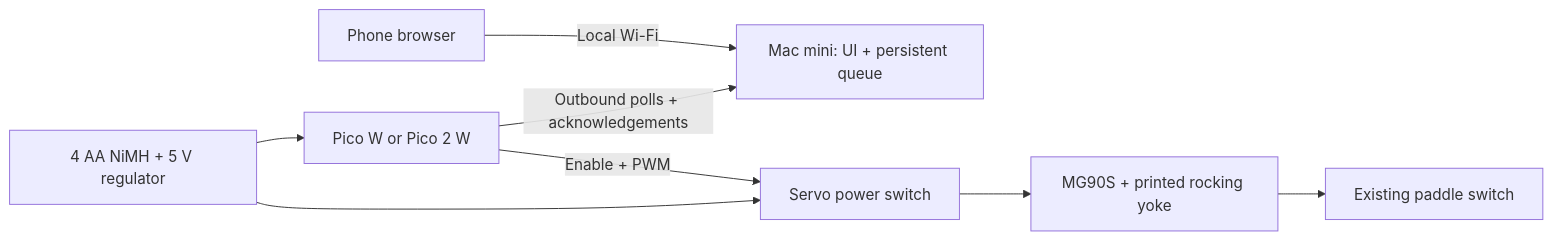
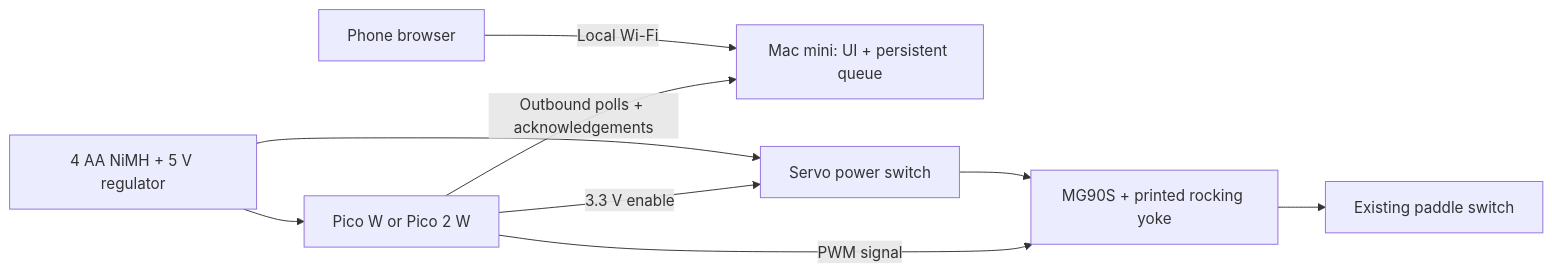
Before and after one commit to eoinest/auto-switch: the diagram in README.md, drawn with Mermaid. The commit also changed other lines of this file and 55 other files, not shown here.

````diff
--- a/README.md
+++ b/README.md
@@ -21,10 +24,11 @@
 ```mermaid
 flowchart LR
     Phone[Phone browser] -->|Local Wi-Fi| Mac[Mac mini: UI + persistent queue]
     Pico[Pico W or Pico 2 W] -->|Outbound polls + acknowledgements| Mac
     Battery[4 AA NiMH + 5 V regulator] --> Pico
     Battery --> Gate[Servo power switch]
-    Pico -->|Enable + PWM| Gate
+    Pico -->|3.3 V enable| Gate
     Gate --> Servo[MG90S + printed rocking yoke]
+    Pico -->|PWM signal| Servo
     Servo --> Paddle[Existing paddle switch]
 ```
````
